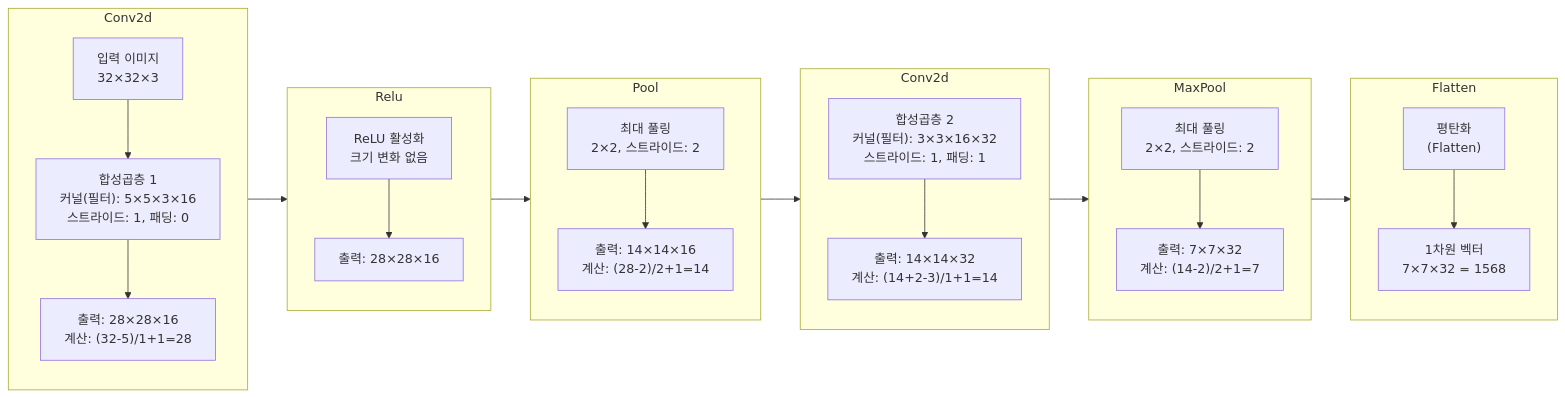
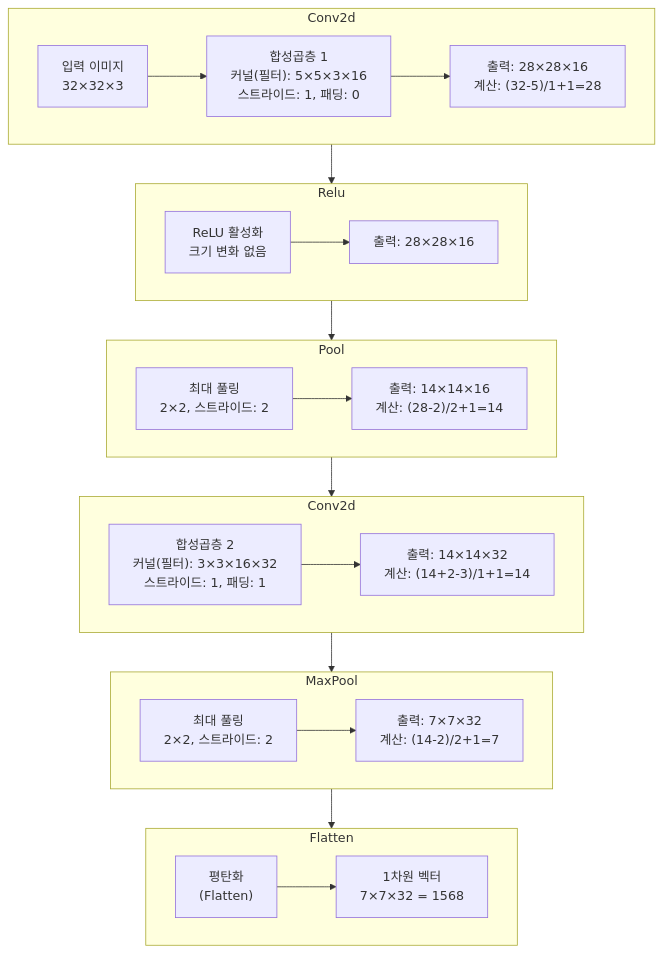
The third of 10 diagrams in 위클리페이퍼/위클리_페이퍼_6_AI4기_김명환.md (c0z0c/sprint_mission), drawn with Mermaid before and after one commit. The commit also changed other lines of this file, not shown here.

````diff
--- a/위클리페이퍼/위클리_페이퍼_6_AI4기_김명환.md
+++ b/위클리페이퍼/위클리_페이퍼_6_AI4기_김명환.md
@@ -217,39 +208,51 @@
 ```mermaid
-graph LR
+graph TD
 
     subgraph A0["Conv2d"]
+        direction LR
+
         A["입력 이미지<br/>32×32×3"] --> B["합성곱층 1<br/>커널(필터): 5×5×3×16<br/>스트라이드: 1, 패딩: 0"]
         B --> C["출력: 28×28×16<br/>계산: (32-5)/1+1=28"]
     end
     
     subgraph A1["Relu"]
+        direction LR
+        
         D["ReLU 활성화<br/>크기 변화 없음"]
         D --> E["출력: 28×28×16"]
     end
     
     subgraph A2["Pool"]
+        direction LR
+        
         F["최대 풀링<br/>2×2, 스트라이드: 2"]
         F --> G["출력: 14×14×16<br/>계산: (28-2)/2+1=14"]
     end
     
     subgraph A3["Conv2d"]
+        direction LR
+        
         H["합성곱층 2<br/>커널(필터): 3×3×16×32<br/>스트라이드: 1, 패딩: 1"]
         H --> I["출력: 14×14×32<br/>계산: (14+2-3)/1+1=14"]
     end
     
     subgraph A4["MaxPool"]
+        direction LR
+        
         J["최대 풀링<br/>2×2, 스트라이드: 2"]
         J --> K["출력: 7×7×32<br/>계산: (14-2)/2+1=7"]
     end
     
     subgraph A5["Flatten"]
+        direction LR
+        
         L["평탄화<br/>(Flatten)"]
         L --> M["1차원 벡터<br/>7×7×32 = 1568"]
     end
 
     A0 --> A1
     A1 --> A2
     A2 --> A3
     A3 --> A4
     A4 --> A5
 ```
````
